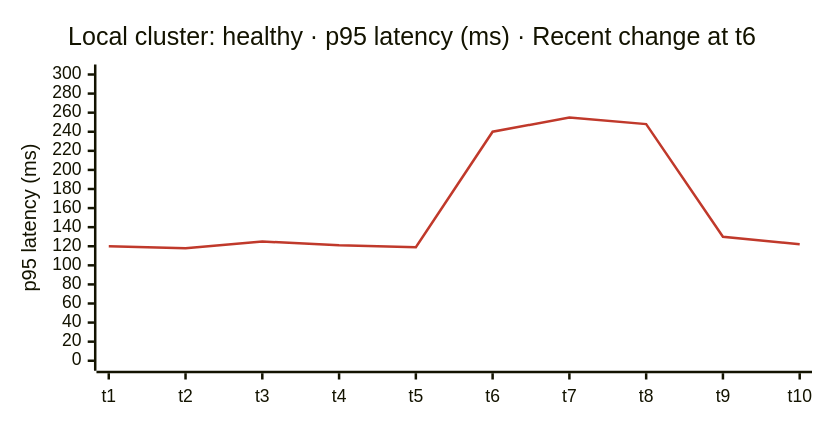
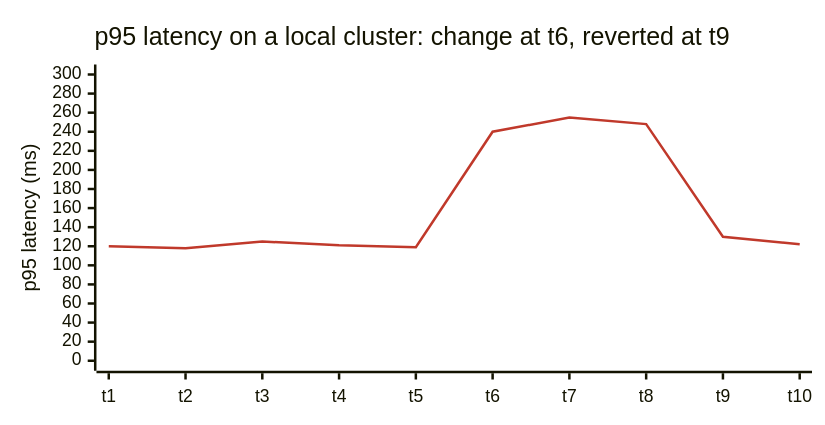
Before and after one commit to yogeshpowar/blog: the diagram in human-map-agent-hands/05-environments-and-observability.md, drawn with Mermaid. The commit also changed other lines of this file and 18 other files, not shown here.

````diff
--- a/human-map-agent-hands/05-environments-and-observability.md
+++ b/human-map-agent-hands/05-environments-and-observability.md
@@ -42,8 +42,8 @@
 ```mermaid
 %%{init: {"xyChart": {"width": 640, "height": 320}, "themeVariables": {"xyChart": {"plotColorPalette": "#c0392b"}}}}%%
 xychart-beta
-    title "Local cluster: healthy · p95 latency (ms) · Recent change at t6"
+    title "p95 latency on a local cluster: change at t6, reverted at t9"
     x-axis [t1, t2, t3, t4, t5, t6, t7, t8, t9, t10]
     y-axis "p95 latency (ms)" 0 --> 300
     line [120, 118, 125, 121, 119, 240, 255, 248, 130, 122]
 ```
````
